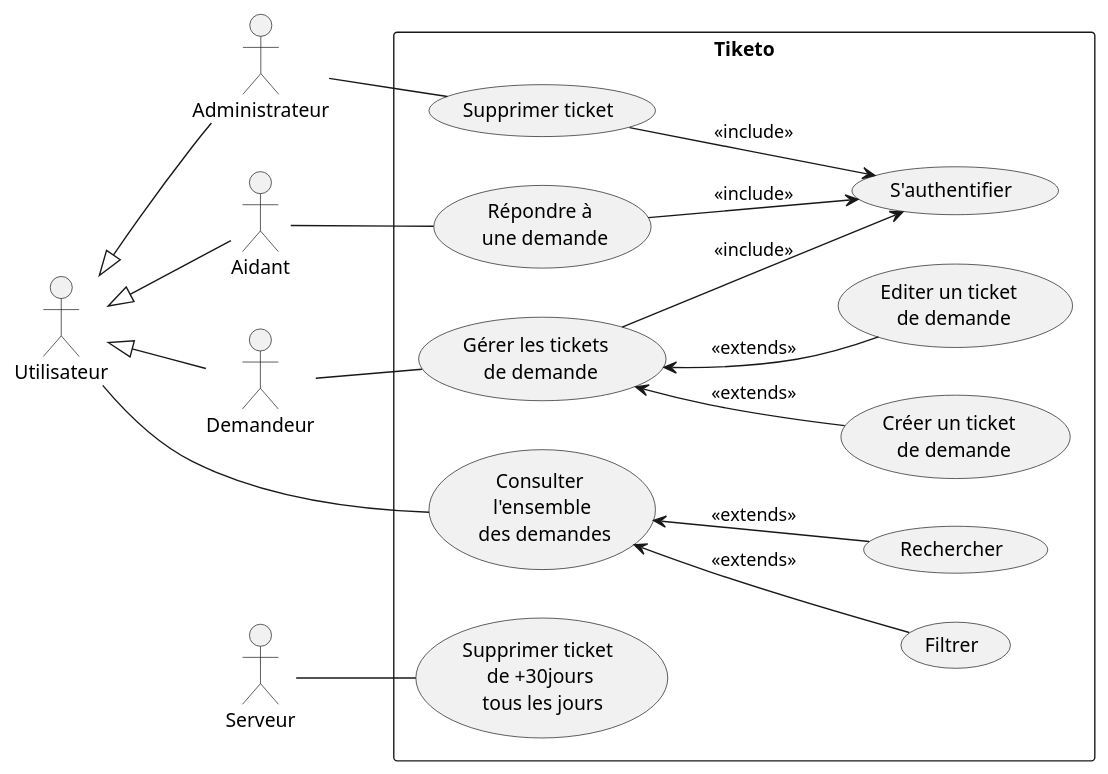
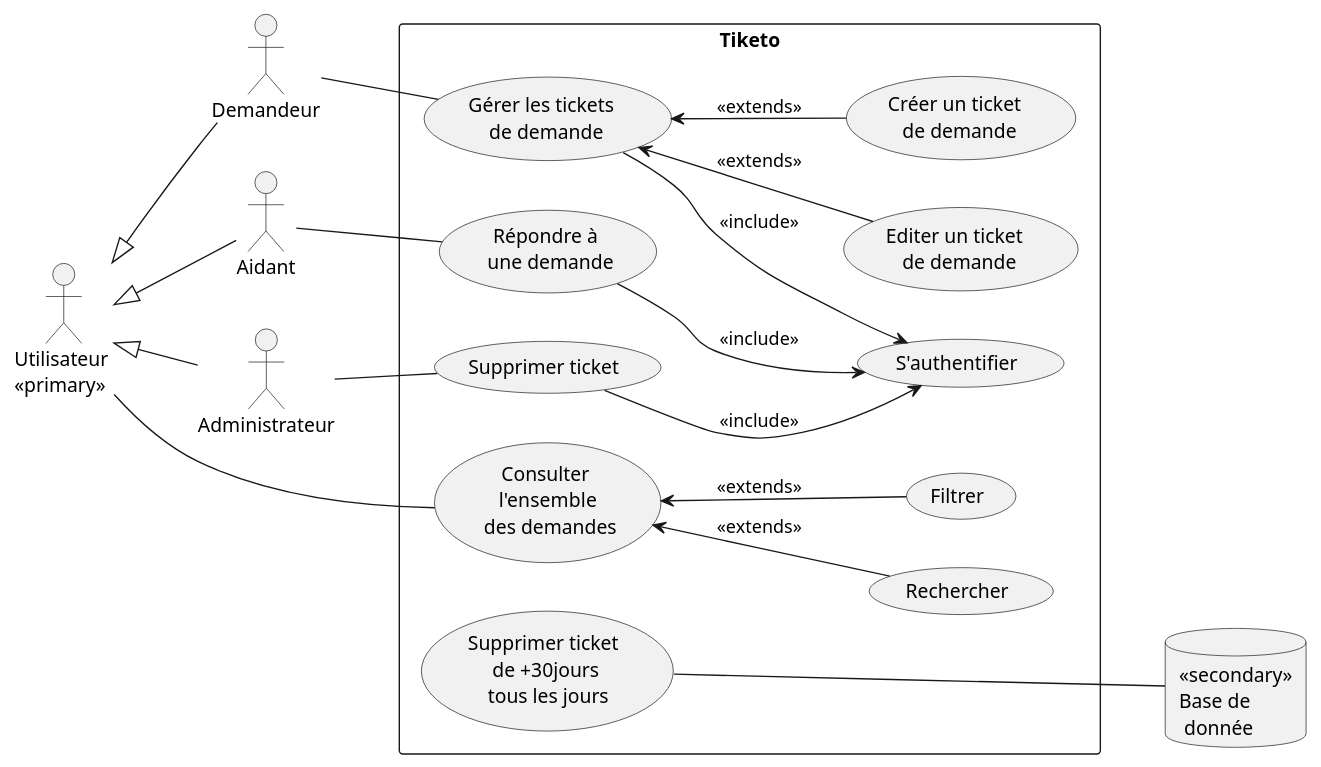
Before and after one commit to dorianleveque/CoHub: the diagram in docs/UML/cas utilisation.wsd, drawn with PlantUML.

Commit message:
Update cas utilisation.wsd

```diff
--- a/docs/UML/cas utilisation.wsd
+++ b/docs/UML/cas utilisation.wsd
@@ -1,44 +1,42 @@
-@startuml cas utilisation
+@startuml
 left to right direction
-actor Utilisateur
+actor Utilisateur as "Utilisateur \n<<primary>>"
 actor Aidant
 actor Demandeur
 actor Administrateur
-actor Serveur
+database Serveur as "<<secondary>>\nBase de \n donnée"
 
 Utilisateur <|-- Aidant
 Utilisateur <|-- Demandeur
 Utilisateur <|-- Administrateur
 
 rectangle "Tiketo" {
     usecase UC1 as "Consulter \n l'ensemble \n des demandes"
     usecase UC2 as "Rechercher"
     usecase UC3 as "Filtrer"
     usecase UC4 as "Gérer les tickets \n de demande"
     usecase UC5 as "Créer un ticket \n de demande"
     usecase UC6 as "Editer un ticket \n de demande"
     usecase UC7 as "Répondre à \n une demande"
     usecase UC8 as "S'authentifier"
     usecase UC9 as "Supprimer ticket"
     usecase UC10 as "Supprimer ticket \n de +30jours \n tous les jours"
 
     Utilisateur -- (UC1)
     UC1 <-- UC2 : <<extends>>
     UC1 <-- UC3 : <<extends>>
 
     Demandeur -- UC4
     UC4 --> UC8 : <<include>>
     UC4 <-- UC5 : <<extends>>
     UC4 <-- UC6 : <<extends>>
 
     Aidant -- UC7
     UC7 --> UC8 : <<include>>
 
     Administrateur -- UC9
     UC9 --> UC8 : <<include>>
 
-    Serveur -- UC10
+    UC10 --- Serveur
 }
-
-
 @enduml
```
